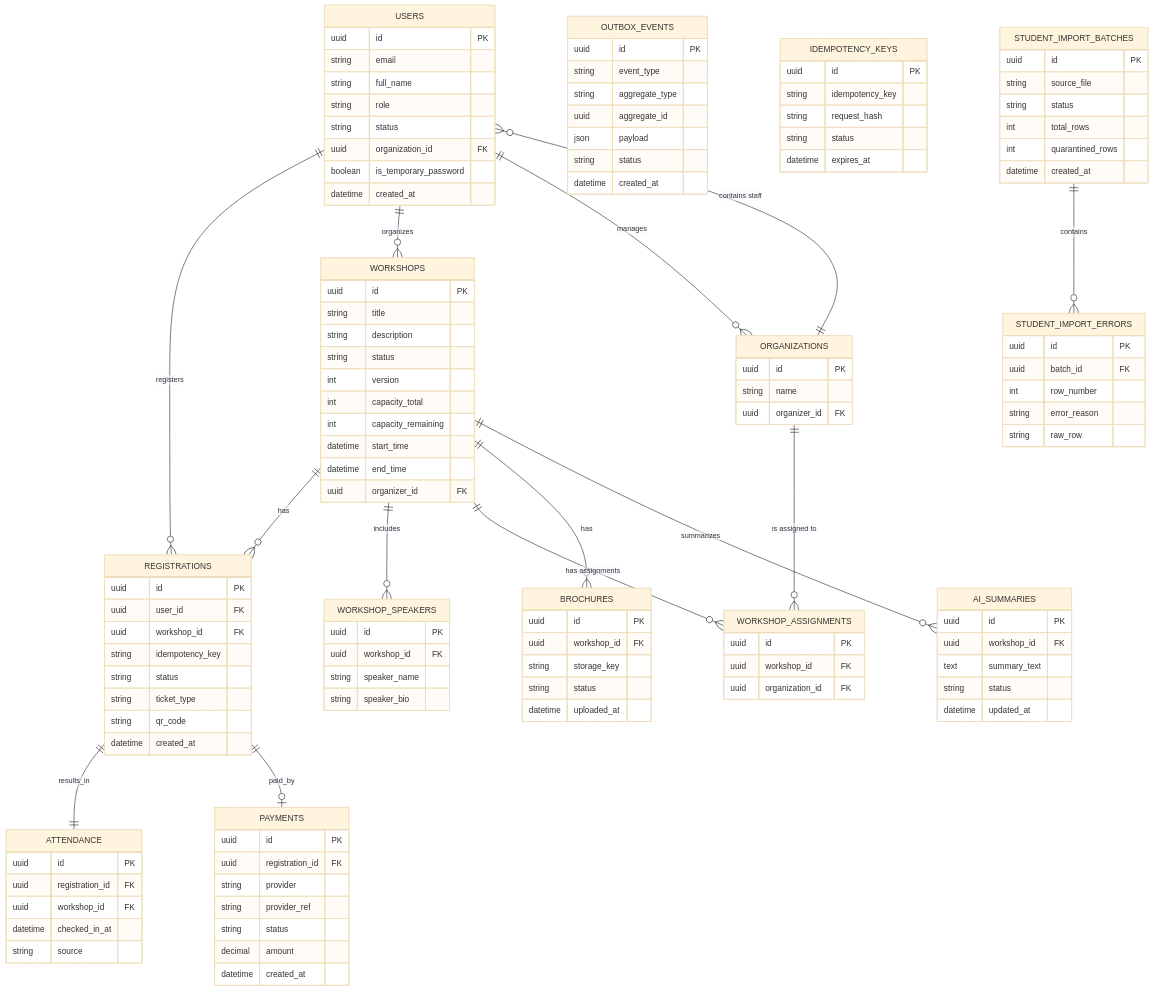
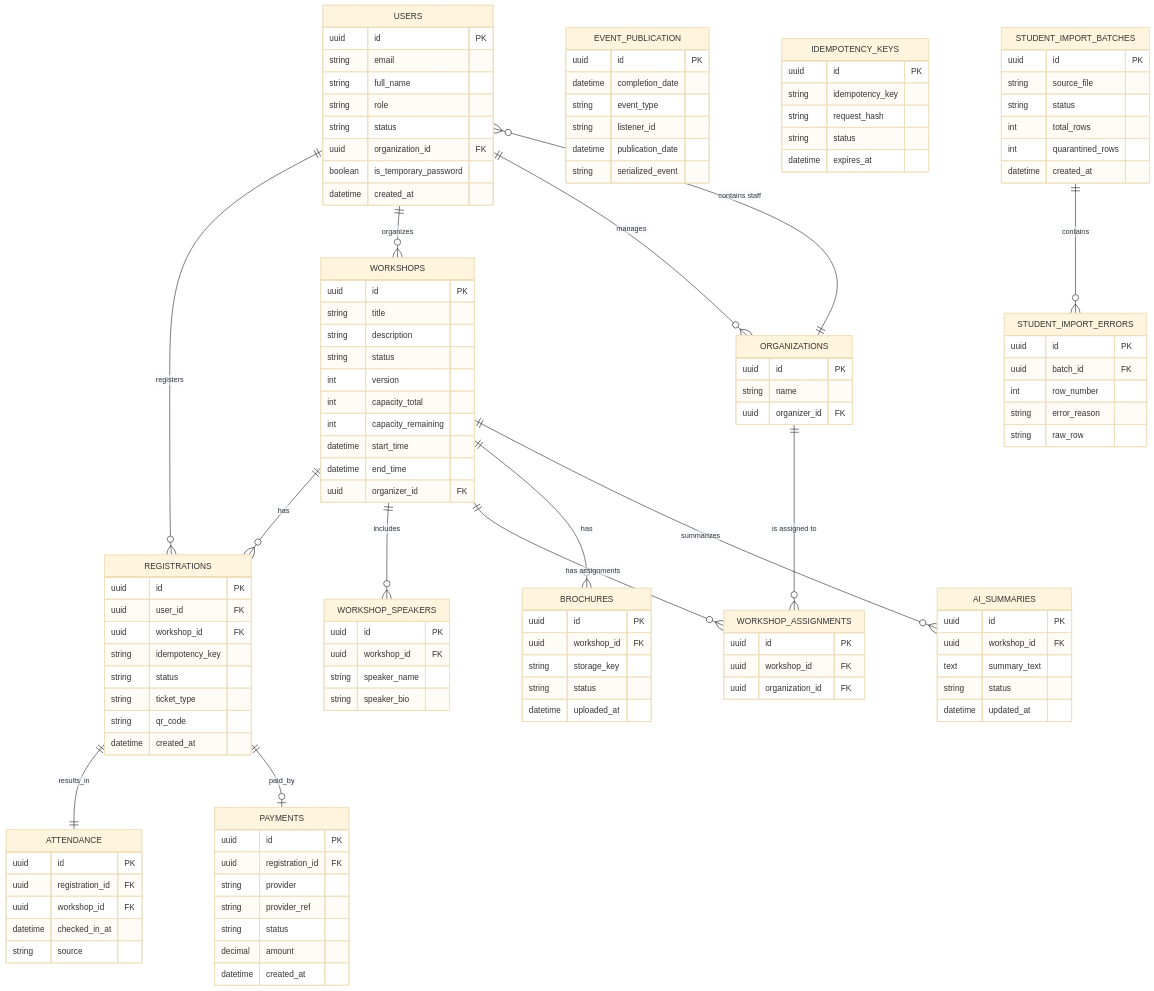
One commit to phatnguyen975/unihub-workshop changed the seventh of 15 diagrams in blueprint/design.md. Above: the diagram before and after it, drawn with Mermaid (base theme). The commit also changed other lines of this file and 15 other files, not shown here.

Commit message:
docs: update to use event publication of spring modulith

```diff
--- a/blueprint/design.md
+++ b/blueprint/design.md
@@ -480,14 +478,13 @@
     datetime updated_at
   }
 
-  OUTBOX_EVENTS {
+  EVENT_PUBLICATION {
     uuid id PK
+    datetime completion_date
     string event_type
-    string aggregate_type
-    uuid aggregate_id
-    json payload
-    string status
-    datetime created_at
+    string listener_id
+    datetime publication_date
+    string serialized_event
   }
 
   IDEMPOTENCY_KEYS {
```
